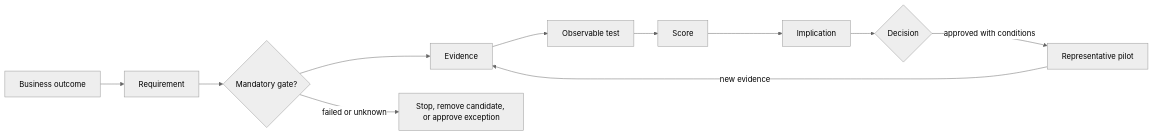
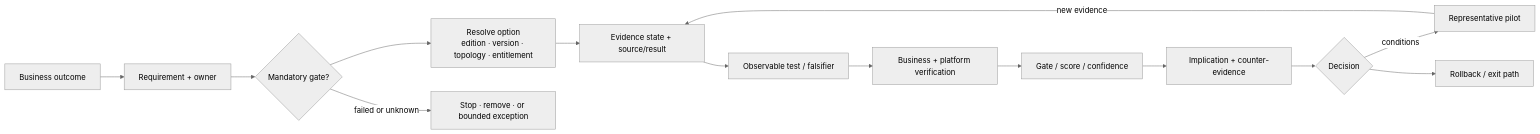
One commit to tomqwu/apim changed the first of 2 diagrams in docs/03-assessment-methodology.md. Above: the diagram before and after it, drawn with Mermaid (neutral theme). The commit also changed other lines of this file and 85 other files, not shown here.

Commit message:
Deepen API management studies and decision evidence

````diff
--- a/docs/03-assessment-methodology.md
+++ b/docs/03-assessment-methodology.md
@@ -17,8 +62,12 @@
 ```mermaid
 flowchart LR
-  O["Business outcome"] --> R["Requirement"] --> G{"Mandatory gate?"}
-  G --> E["Evidence"] --> T["Observable test"] --> S["Score"] --> I["Implication"] --> D{"Decision"}
-  G -->|"failed or unknown"| X["Stop, remove candidate, or approve exception"]
-  D -->|"approved with conditions"| P["Representative pilot"]
+  O["Business outcome"] --> R["Requirement + owner"] --> G{"Mandatory gate?"}
+  G --> C["Resolve option<br/>edition · version · topology · entitlement"]
+  C --> E["Evidence state + source/result"] --> T["Observable test / falsifier"]
+  T --> B["Business + platform verification"] --> S["Gate / score / confidence"]
+  S --> I["Implication + counter-evidence"] --> D{"Decision"}
+  G -->|"failed or unknown"| X["Stop · remove · or bounded exception"]
+  D -->|"conditions"| P["Representative pilot"]
   P -->|"new evidence"| E
+  D --> EXIT["Rollback / exit path"]
 ```
````
